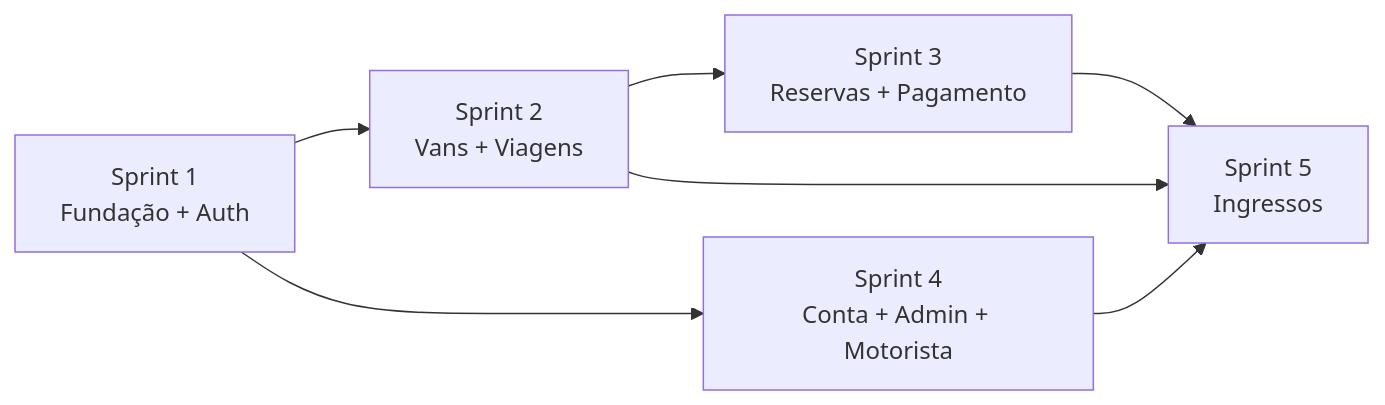
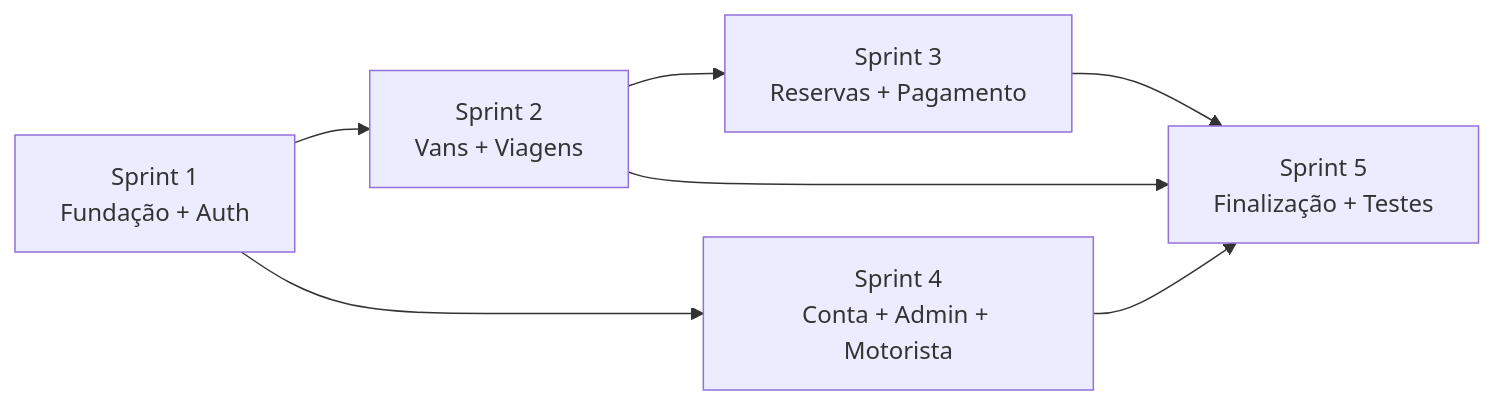
One commit to zico10-arthur/BackEnd-VanBora changed the fifth of 5 diagrams in docs/technical-plan.md. Above: the diagram before and after it, drawn with Mermaid. The commit also changed other lines of this file and 129 other files, not shown here.

````diff
--- a/docs/technical-plan.md
+++ b/docs/technical-plan.md
@@ -830,9 +760,9 @@
 ```mermaid
 graph LR
     S1[Sprint 1<br/>Fundação + Auth] --> S2[Sprint 2<br/>Vans + Viagens]
     S2 --> S3[Sprint 3<br/>Reservas + Pagamento]
     S1 --> S4[Sprint 4<br/>Conta + Admin + Motorista]
-    S3 --> S5[Sprint 5<br/>Ingressos]
+    S3 --> S5[Sprint 5<br/>Finalização + Testes]
     S2 --> S5
     S4 --> S5
 ```
````
